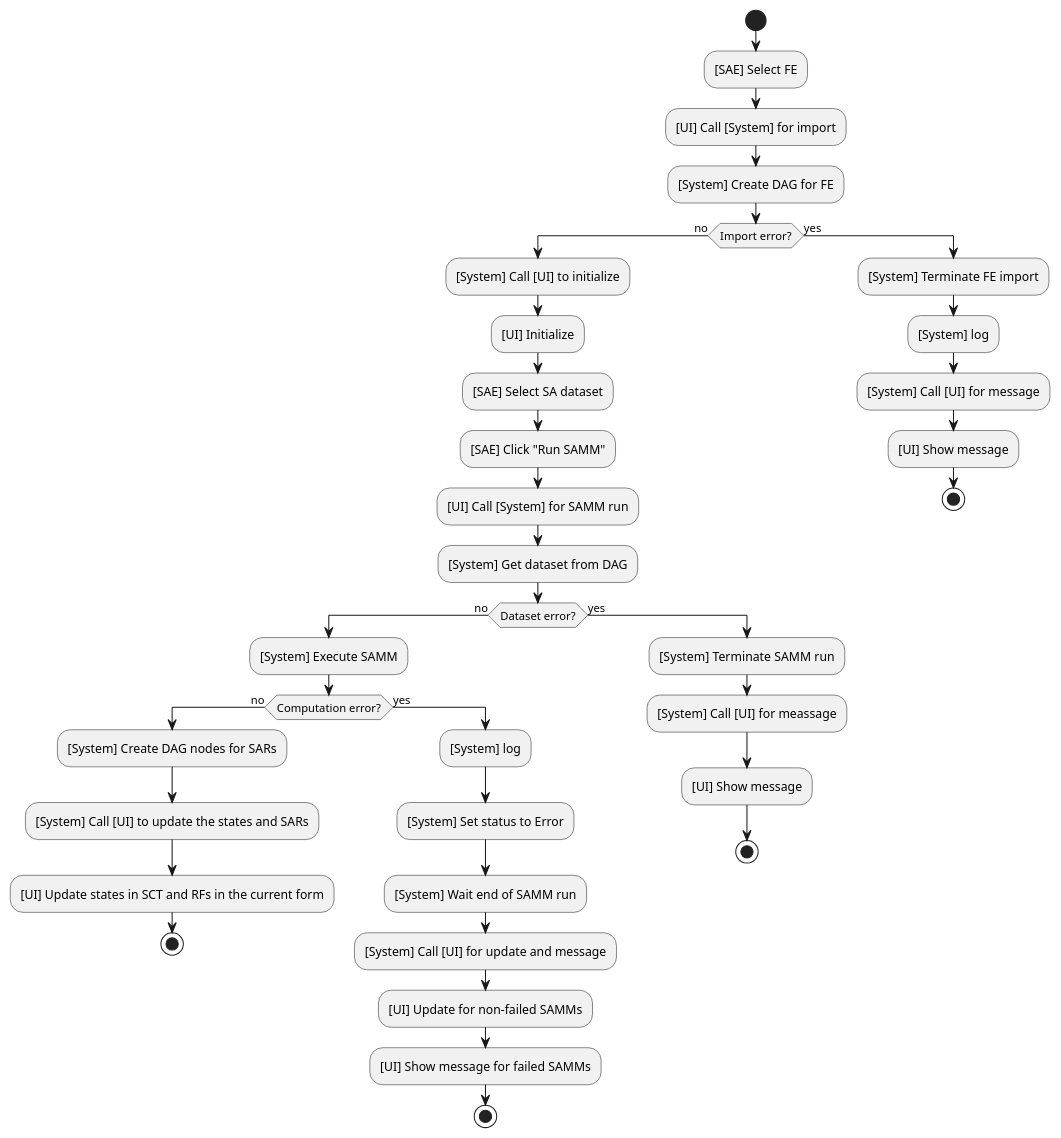
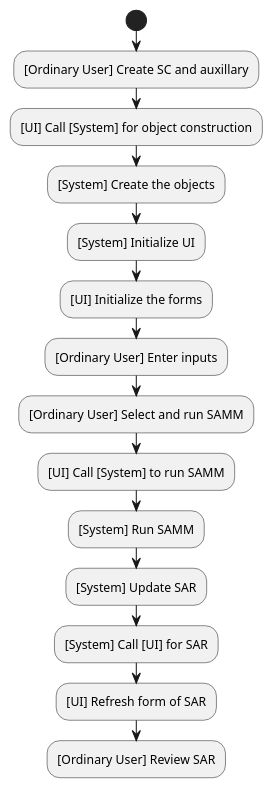
Before and after one commit to BarisAlbayrakIEEE/StructuralAnalysis: the diagram in uml/use_case_diagram_3.puml, drawn with PlantUML. The commit also changed other lines of this file and 3 other files, not shown here.

```diff
--- a/uml/use_case_diagram_3.puml
+++ b/uml/use_case_diagram_3.puml
@@ -1,51 +15,18 @@
-@startuml use_case_diagram
+@startuml use_case_diagram_3
 
 start
-:[SAE] Select FE;
-:[UI] Call [System] for import;
-:[System] Create DAG for FE;
-
-if (Import error?) then (no)
-  :[System] Call [UI] to initialize;
-  :[UI] Initialize;
-  :[SAE] Select SA dataset;
-  :[SAE] Click "Run SAMM";
-  :[UI] Call [System] for SAMM run;
-  :[System] Get dataset from DAG;
-
-  if (Dataset error?) then (no)
-    :[System] Execute SAMM;
-
-    if (Computation error?) then (no)
-      :[System] Create DAG nodes for SARs;
-      :[System] Call [UI] to update the states and SARs;
-      :[UI] Update states in SCT and RFs in the current form;
-
-      stop;
-    else (yes)
-      :[System] log;
-      :[System] Set status to Error;
-      :[System] Wait end of SAMM run;
-      :[System] Call [UI] for update and message;
-      :[UI] Update for non-failed SAMMs;
-      :[UI] Show message for failed SAMMs;
-
-      stop;
-    endif
-  else (yes)
-    :[System] Terminate SAMM run;
-    :[System] Call [UI] for meassage;
-    :[UI] Show message;
-
-    stop;
-  endif
-else (yes)
-  :[System] Terminate FE import;
-  :[System] log;
-  :[System] Call [UI] for message;
-  :[UI] Show message;
-
-  stop;
-endif
+:[Ordinary User] Create SC and auxillary;
+:[UI] Call [System] for object construction;
+:[System] Create the objects;
+:[System] Initialize UI;
+:[UI] Initialize the forms;
+:[Ordinary User] Enter inputs;
+:[Ordinary User] Select and run SAMM;
+:[UI] Call [System] to run SAMM;
+:[System] Run SAMM;
+:[System] Update SAR;
+:[System] Call [UI] for SAR;
+:[UI] Refresh form of SAR;
+:[Ordinary User] Review SAR;
 
 @enduml
```
